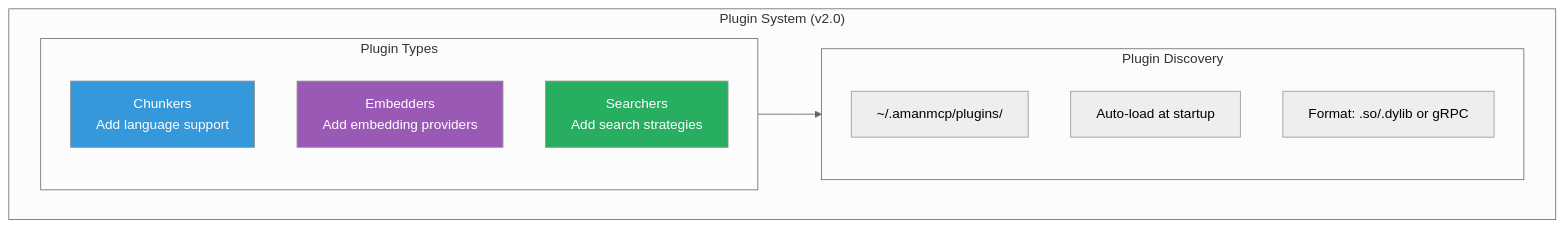
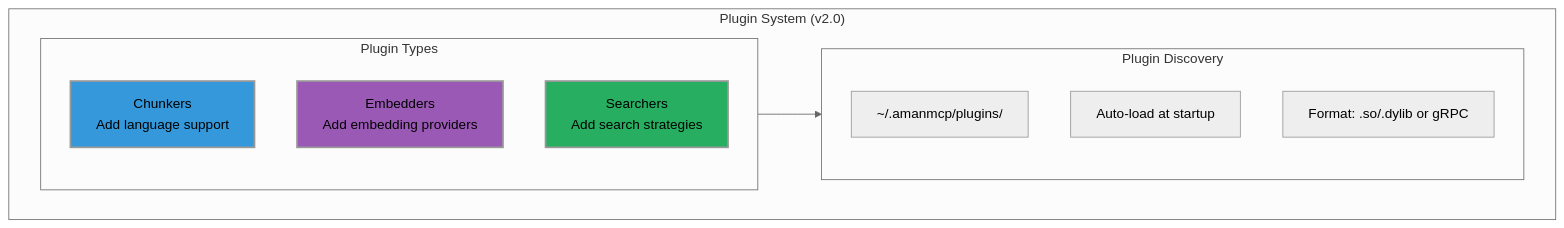
Before and after one commit to sampi02/amanmcp: diagram 25 of 27 in docs/reference/architecture/architecture.md, drawn with Mermaid (neutral theme). The commit also changed other lines of this file and 59 other files, not shown here.

````diff
--- a/docs/reference/architecture/architecture.md
+++ b/docs/reference/architecture/architecture.md
@@ -1048,22 +1658,22 @@
 ```mermaid
 flowchart TB
     subgraph PluginSystem["Plugin System (v2.0)"]
         subgraph Types["Plugin Types"]
             Chunkers["Chunkers<br/>Add language support"]
             Embedders["Embedders<br/>Add embedding providers"]
             Searchers["Searchers<br/>Add search strategies"]
         end
 
         subgraph Discovery["Plugin Discovery"]
             Dir["~/.amanmcp/plugins/"]
             Startup["Auto-load at startup"]
             Format["Format: .so/.dylib or gRPC"]
         end
     end
 
     Types --> Discovery
 
-    style Chunkers fill:#3498db,color:#fff
-    style Embedders fill:#9b59b6,color:#fff
-    style Searchers fill:#27ae60,color:#fff
+    style Chunkers fill:#3498db,stroke-width:2px
+    style Embedders fill:#9b59b6,stroke-width:2px
+    style Searchers fill:#27ae60,stroke-width:2px
 ```
````
